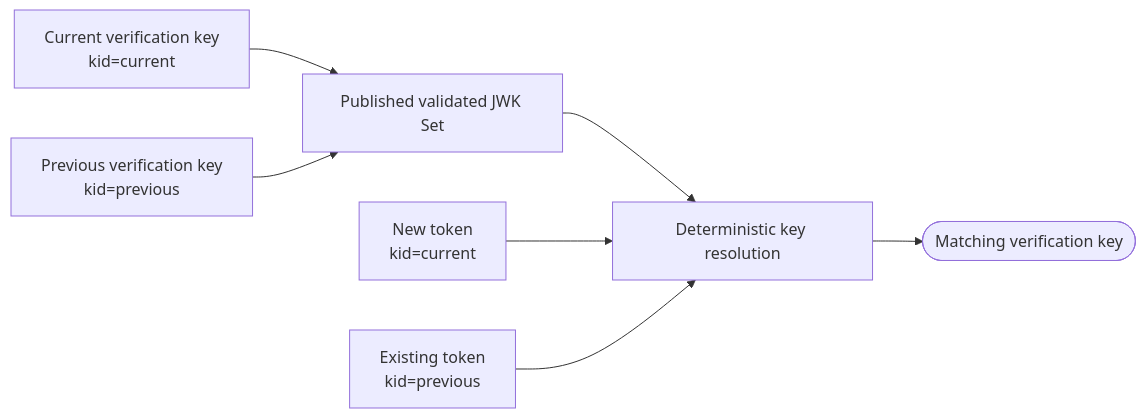
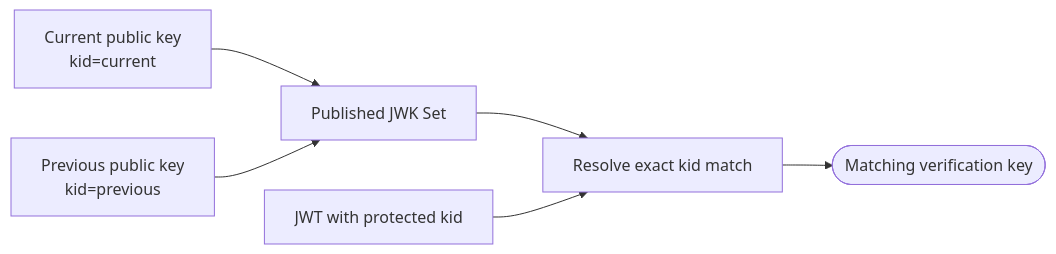
One commit to mkbeh/xjose changed diagram 17 of 20 in DESIGN.md. Above: the diagram before and after it, drawn with Mermaid. The commit also changed other lines of this file, not shown here.

Commit message:
docs: refine architectural design

````diff
--- a/DESIGN.md
+++ b/DESIGN.md
@@ -620,16 +687,14 @@
 ```mermaid
 flowchart LR
-    Current[Current verification key<br/>kid=current]
-    Previous[Previous verification key<br/>kid=previous]
-    Set[Published validated JWK Set]
-    NewToken[New token<br/>kid=current]
-    ExistingToken[Existing token<br/>kid=previous]
-    Resolve[Deterministic key resolution]
+    Current[Current public key<br/>kid=current]
+    Previous[Previous public key<br/>kid=previous]
+    Set[Published JWK Set]
+    Token[JWT with protected kid]
+    Resolve[Resolve exact kid match]
     Key([Matching verification key])
     Current --> Set
     Previous --> Set
     Set --> Resolve
-    NewToken --> Resolve
-    ExistingToken --> Resolve
+    Token --> Resolve
     Resolve --> Key
 ```
````
